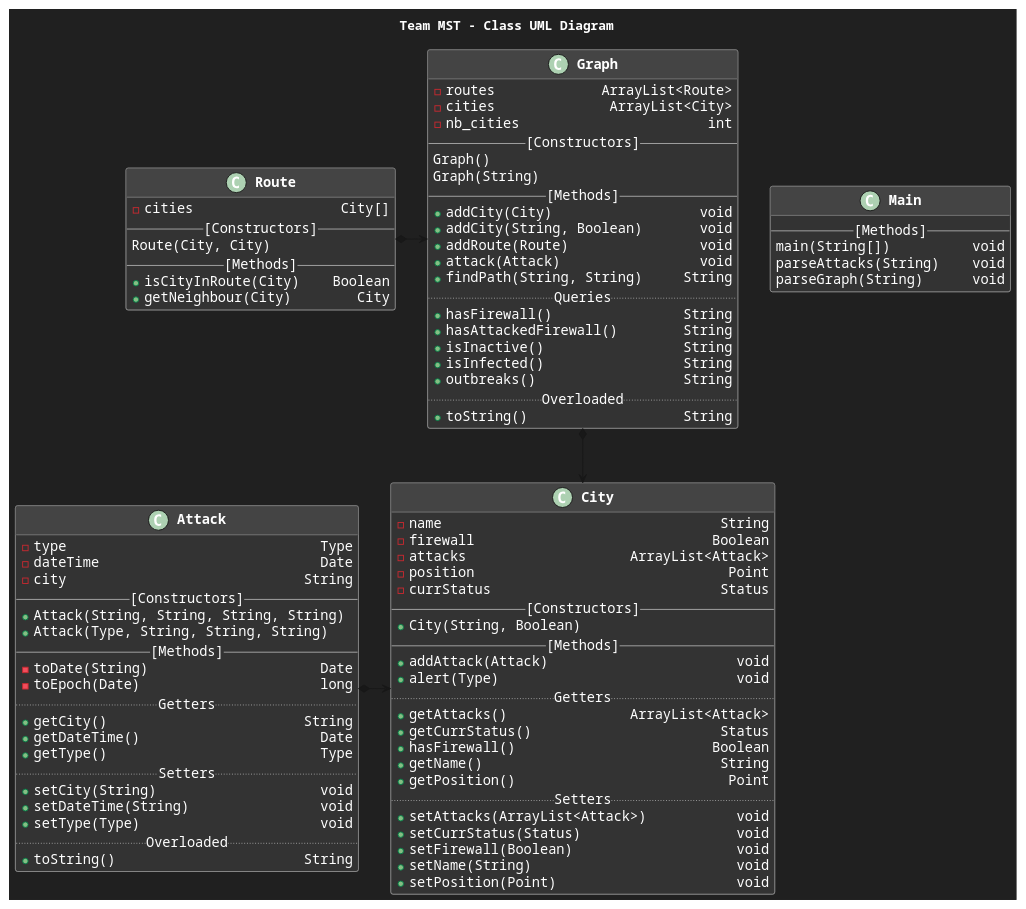
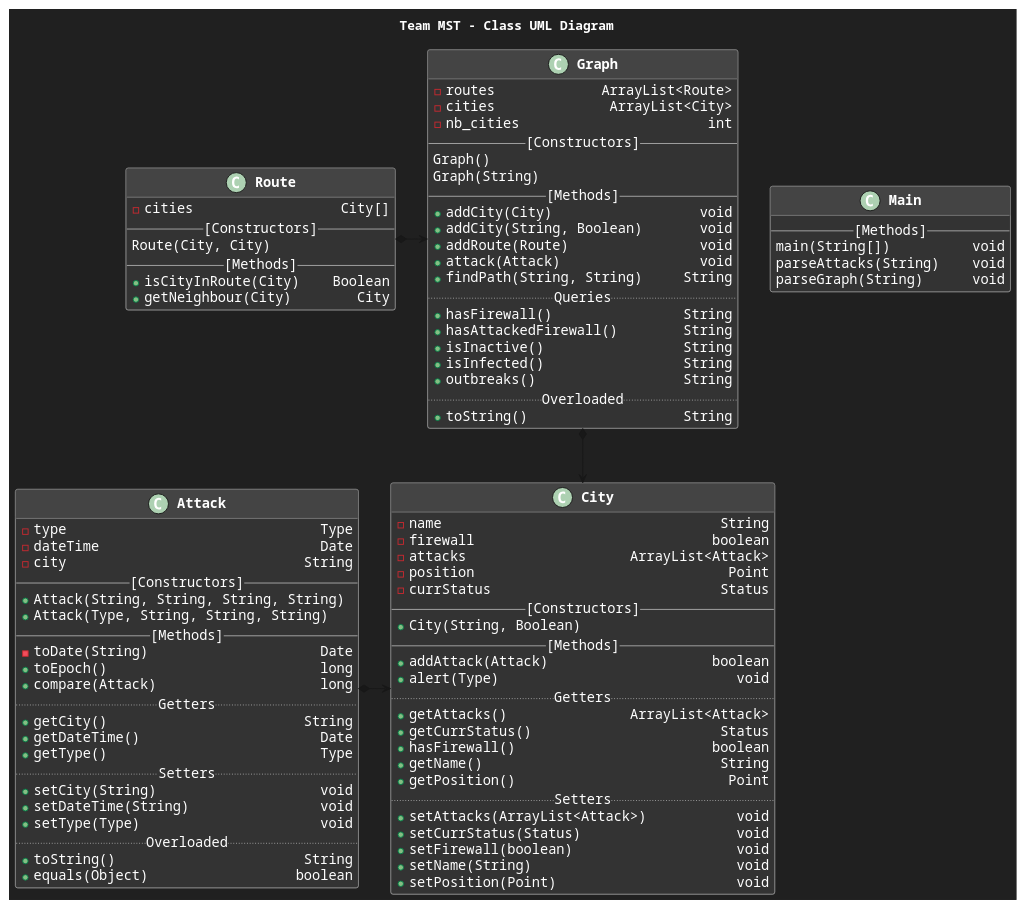
The diagram in structure.puml (FusionStreak/MST_TermProject), drawn with PlantUML before and after one commit. The commit also changed 3 other files, not shown here.

```diff
--- a/structure.puml
+++ b/structure.puml
@@ -1,110 +1,112 @@
 @startuml GeneralStructure
 
 skinparam{
     backgroundColor 202020
     defaultFontName Courier
     defaultFontColor white
 
     ClassBackgroundColor 333333
     ClassBorderColor AAAAAA
     ClassHeaderBackgroundColor 444444
     ClassFontSize 17
     ClassFontStyle bold
     ClassAttributeFontSize 15
 
     lineType orthogonal
 }
 
 title Team MST - Class UML Diagram
 
 
 class Attack {
   -type                               Type
   -dateTime                           Date
   -city                             String
   --[Constructors]--
   +Attack(String, String, String, String)
   +Attack(Type, String, String, String)
   --[Methods]--
   -toDate(String)                     Date
-  -toEpoch(Date)                      long
+  +toEpoch()                          long
+  +compare(Attack)                    long
   ..Getters..
   +getCity()                        String
   +getDateTime()                      Date
   +getType()                          Type
   ..Setters..
   +setCity(String)                    void
   +setDateTime(String)                void
   +setType(Type)                      void
   ..Overloaded..
   +toString()                       String
+  +equals(Object)                  boolean
 }
 
 class City {
   -name                                  String
-  -firewall                             Boolean
+  -firewall                             boolean
   -attacks                    ArrayList<Attack>
   -position                               Point
   -currStatus                            Status
   --[Constructors]--
   +City(String, Boolean)
   --[Methods]--
-  +addAttack(Attack)                       void
+  +addAttack(Attack)                    boolean
   +alert(Type)                             void
   ..Getters..
   +getAttacks()               ArrayList<Attack>
   +getCurrStatus()                       Status
-  +hasFirewall()                        Boolean
+  +hasFirewall()                        boolean
   +getName()                             String
   +getPosition()                          Point
   ..Setters..
   +setAttacks(ArrayList<Attack>)           void
   +setCurrStatus(Status)                   void
-  +setFirewall(Boolean)                    void
+  +setFirewall(boolean)                    void
   +setName(String)                         void
   +setPosition(Point)                      void
 }
 
 class Graph {
   -routes             ArrayList<Route>
   -cities              ArrayList<City>
   -nb_cities                       int
   --[Constructors]--
   Graph()
   Graph(String)
   --[Methods]--
   +addCity(City)                  void
   +addCity(String, Boolean)       void
   +addRoute(Route)                void
   +attack(Attack)                 void
   +findPath(String, String)     String
   ..Queries..
   +hasFirewall()                String
   +hasAttackedFirewall()        String
   +isInactive()                 String
   +isInfected()                 String
   +outbreaks()                  String
   ..Overloaded..
   +toString()                   String
 }
 
 class Route {
   -cities                  City[]
   --[Constructors]--
   Route(City, City)
   --[Methods]--
   +isCityInRoute(City)    Boolean
   +getNeighbour(City)        City
 }
 
 class Main {
   --[Methods]--
   main(String[])          void
   parseAttacks(String)    void
   parseGraph(String)      void
 }
 
 City <--l--* Attack
 Graph *--> City
 Graph <-l-* Route
 @enduml
```
